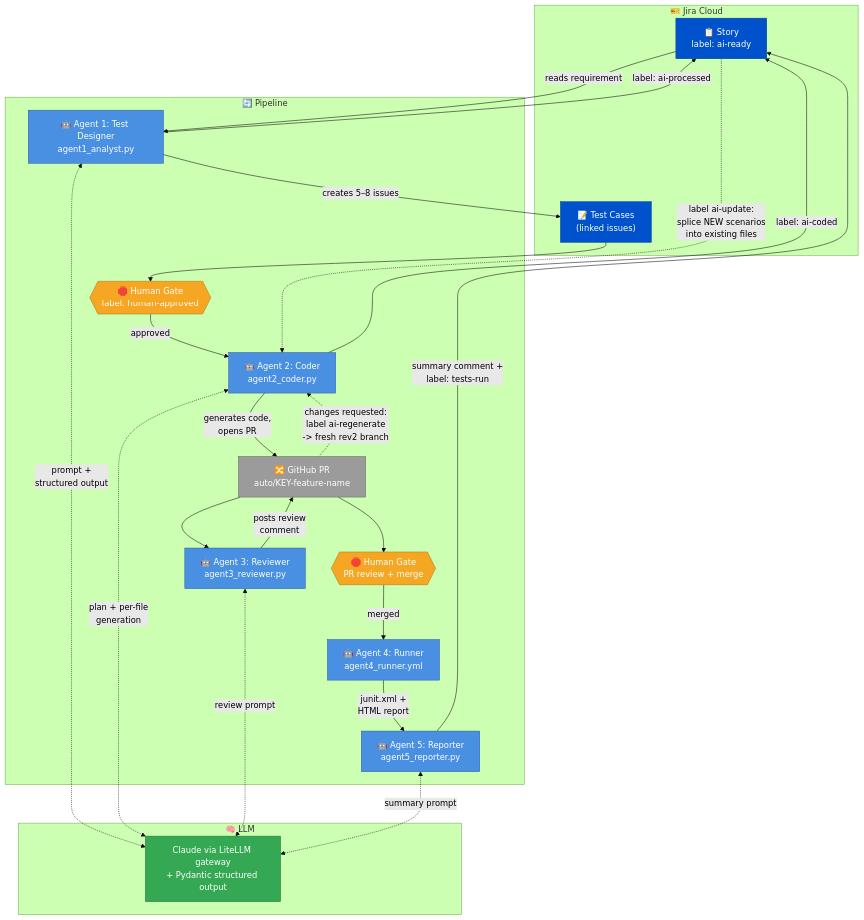
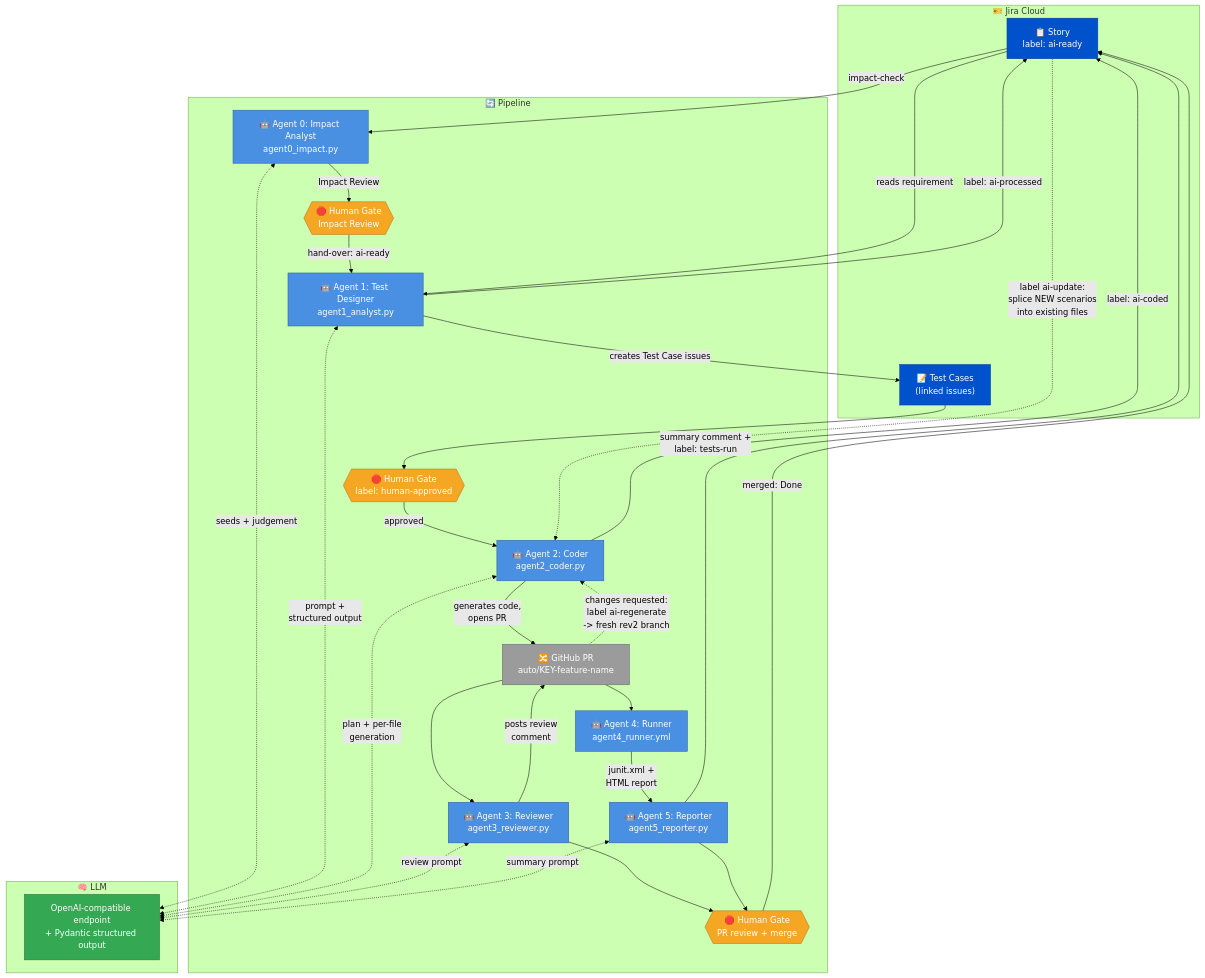
The second of 5 diagrams in docs/GUIDE.md (rajiniottesting-coder/multi-agent-test-automation), drawn with Mermaid (forest theme) before and after one commit. The commit also changed other lines of this file and 7 other files, not shown here.

````diff
--- a/docs/GUIDE.md
+++ b/docs/GUIDE.md
@@ -1342,56 +1571,64 @@
 ```mermaid
 flowchart TB
     subgraph JIRA["🎫 Jira Cloud"]
         Story["📋 Story<br/>label: ai-ready"]
         TC["📝 Test Cases<br/>(linked issues)"]
     end
 
     subgraph PIPELINE["🔄 Pipeline"]
+        A0["🤖 Agent 0: Impact Analyst<br/>agent0_impact.py"]
+        H0{{"🛑 Human Gate<br/>Impact Review"}}
         A1["🤖 Agent 1: Test Designer<br/>agent1_analyst.py"]
         H1{{"🛑 Human Gate<br/>label: human-approved"}}
         A2["🤖 Agent 2: Coder<br/>agent2_coder.py"]
         PR["🔀 GitHub PR<br/>auto/KEY-feature-name"]
         A3["🤖 Agent 3: Reviewer<br/>agent3_reviewer.py"]
         H2{{"🛑 Human Gate<br/>PR review + merge"}}
         A4["🤖 Agent 4: Runner<br/>agent4_runner.yml"]
         A5["🤖 Agent 5: Reporter<br/>agent5_reporter.py"]
     end
 
     subgraph LLMGROUP["🧠 LLM"]
-        LLM["Claude via LiteLLM gateway<br/>+ Pydantic structured output"]
+        LLM["OpenAI-compatible endpoint<br/>+ Pydantic structured output"]
     end
 
+    Story -->|"impact-check"| A0
+    A0 -->|"Impact Review"| H0
+    H0 -->|"hand-over: ai-ready"| A1
     Story -->|"reads requirement"| A1
-    A1 -->|"creates 5–8 issues"| TC
+    A1 -->|"creates Test Case issues"| TC
     A1 -->|"label: ai-processed"| Story
     TC --> H1
     H1 -->|"approved"| A2
     A2 -->|"generates code,<br/>opens PR"| PR
     A2 -->|"label: ai-coded"| Story
     PR --> A3
     A3 -->|"posts review<br/>comment"| PR
-    PR --> H2
-    H2 -->|"merged"| A4
+    PR --> A4
     A4 -->|"junit.xml +<br/>HTML report"| A5
     A5 -->|"summary comment +<br/>label: tests-run"| Story
+    A3 --> H2
+    A5 --> H2
+    H2 -->|"merged: Done"| Story
 
     PR -.->|"changes requested:<br/>label ai-regenerate<br/>-> fresh rev2 branch"| A2
     Story -.->|"label ai-update:<br/>splice NEW scenarios<br/>into existing files"| A2
 
+    A0 <-.->|"seeds + judgement"| LLM
     A1 <-.->|"prompt +<br/>structured output"| LLM
     A2 <-.->|"plan + per-file<br/>generation"| LLM
     A3 <-.->|"review prompt"| LLM
     A5 <-.->|"summary prompt"| LLM
 
     classDef agent fill:#4a90e2,stroke:#2c5aa0,color:#fff
     classDef human fill:#f5a623,stroke:#b07415,color:#fff
     classDef jira fill:#0052cc,stroke:#003d99,color:#fff
     classDef llm fill:#34a853,stroke:#1e7733,color:#fff
     classDef artifact fill:#9b9b9b,stroke:#666,color:#fff
 
-    class A1,A2,A3,A4,A5 agent
-    class H1,H2 human
+    class A0,A1,A2,A3,A4,A5 agent
+    class H0,H1,H2 human
     class Story,TC jira
     class LLM llm
     class PR artifact
 ```
````
